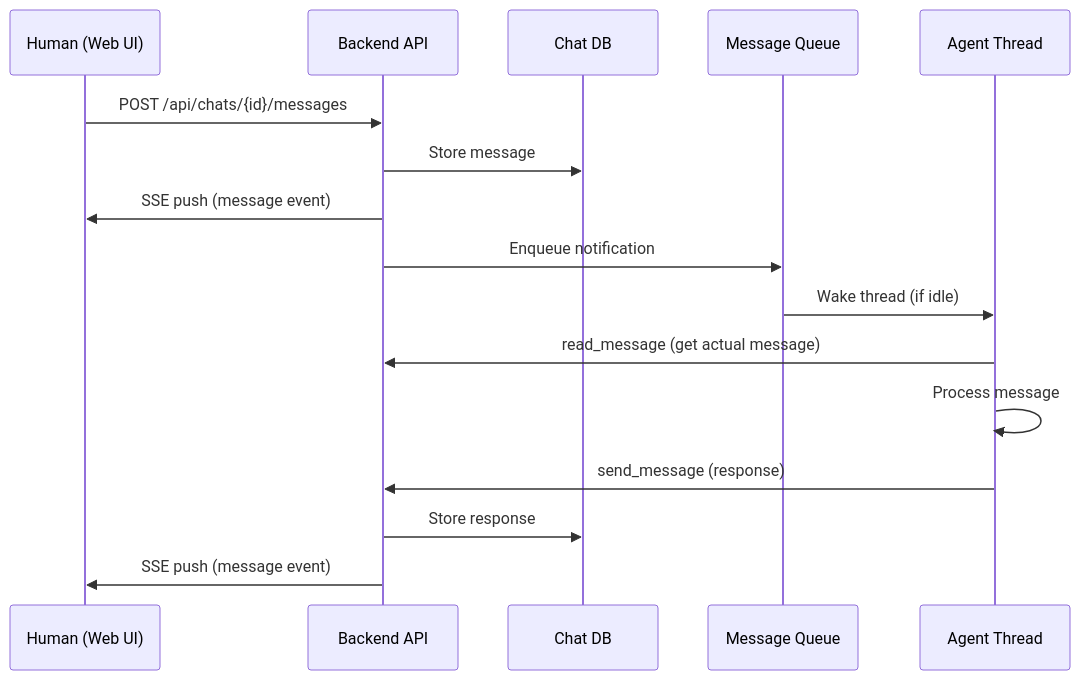
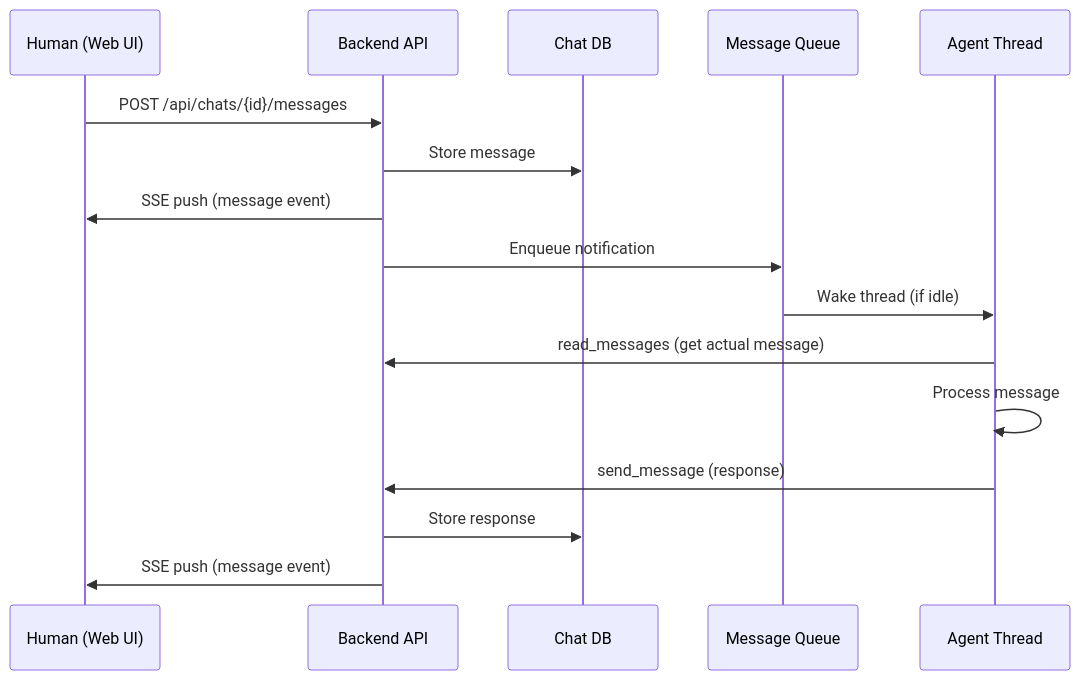
Before and after one commit to OpenDCAI/Mycel: the second of 2 diagrams in docs/en/multi-agent-chat.mdx, drawn with Mermaid. The commit also changed other lines of this file and 14 other files, not shown here.

````diff
--- a/docs/en/multi-agent-chat.mdx
+++ b/docs/en/multi-agent-chat.mdx
@@ -114,19 +105,19 @@
 ```mermaid
 sequenceDiagram
     participant H as Human (Web UI)
     participant API as Backend API
     participant DB as Chat DB
     participant Q as Message Queue
     participant T as Agent Thread
 
     H->>API: POST /api/chats/{id}/messages
     API->>DB: Store message
     API->>H: SSE push (message event)
     API->>Q: Enqueue notification
     Q->>T: Wake thread (if idle)
-    T->>API: read_message (get actual message)
+    T->>API: read_messages (get actual message)
     T->>T: Process message
     T->>API: send_message (response)
     API->>DB: Store response
     API->>H: SSE push (message event)
 ```
````
